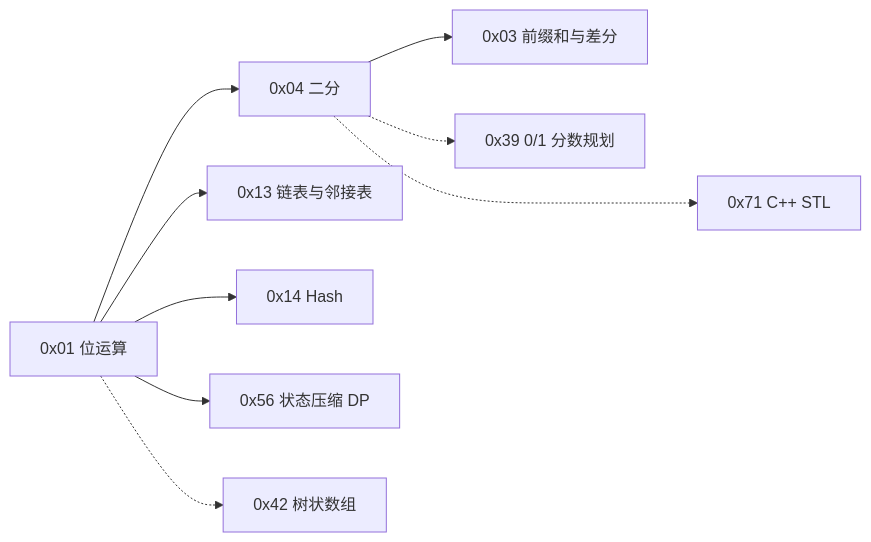
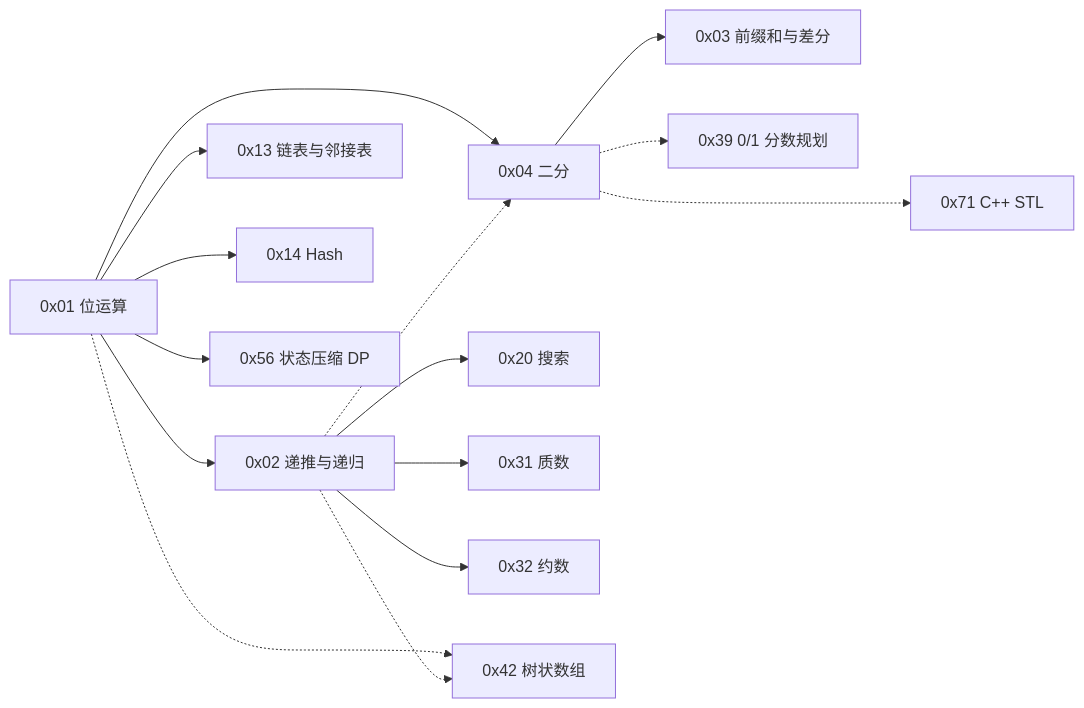
Before and after one commit to RobateV/algorithm-visualizer: the first of 2 diagrams in docs/knowledge-base/dependency-map.md, drawn with Mermaid. The commit also changed other lines of this file and 5 other files, not shown here.

````diff
--- a/docs/knowledge-base/dependency-map.md
+++ b/docs/knowledge-base/dependency-map.md
@@ -16,11 +18,17 @@
 ```mermaid
 graph LR
-  B01[0x01 位运算] --> B04[0x04 二分]
+  B01[0x01 位运算] --> B02[0x02 递推与递归]
+  B01 --> B04[0x04 二分]
   B01 --> B13[0x13 链表与邻接表]
   B01 --> B14[0x14 Hash]
   B01 --> B56[0x56 状态压缩 DP]
+  B02 --> B20[0x20 搜索]
+  B02 --> B31[0x31 质数]
+  B02 --> B32[0x32 约数]
+  B04 --> B03[0x03 前缀和与差分]
   B01 -.-> B42[0x42 树状数组]
-  B04 --> B03[0x03 前缀和与差分]
+  B02 -.-> B42
+  B02 -.-> B04
   B04 -.-> B39[0x39 0/1 分数规划]
   B04 ..-> B71[0x71 C++ STL]
 ```
````
